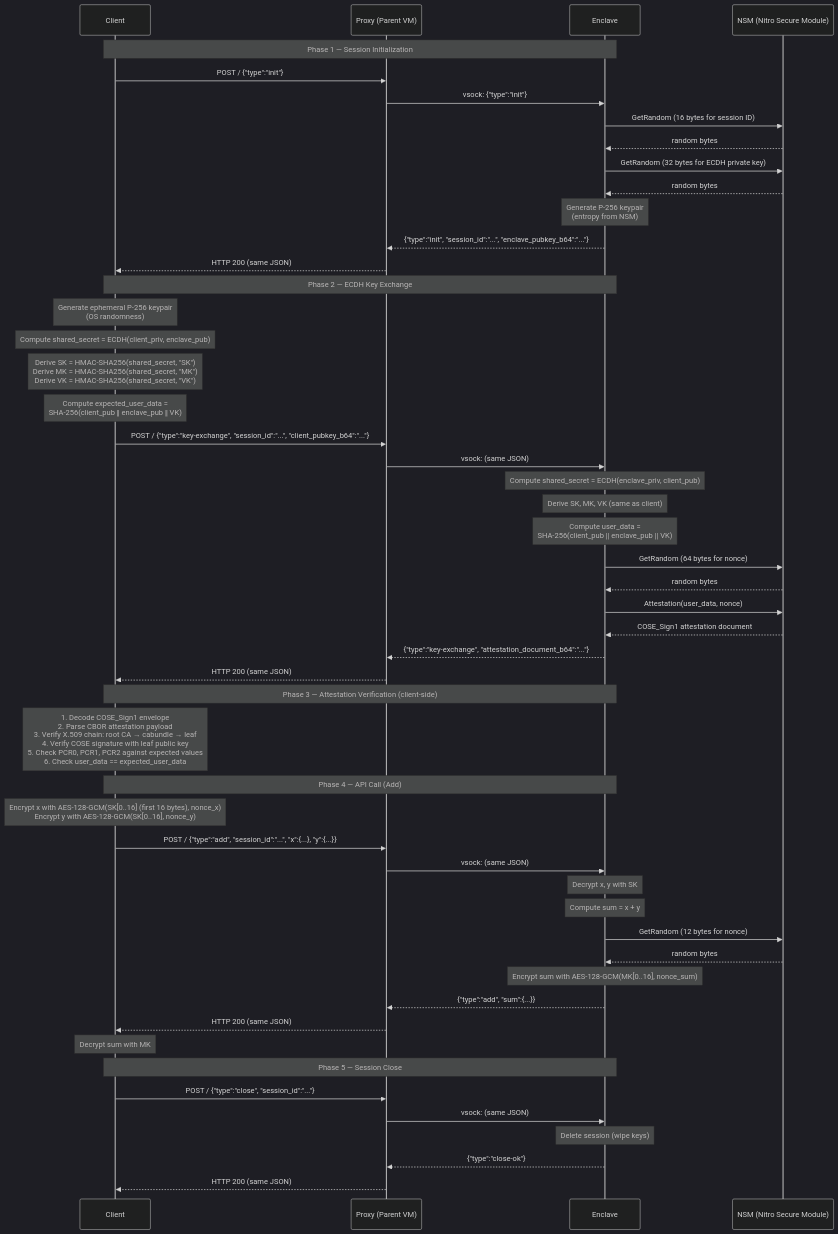
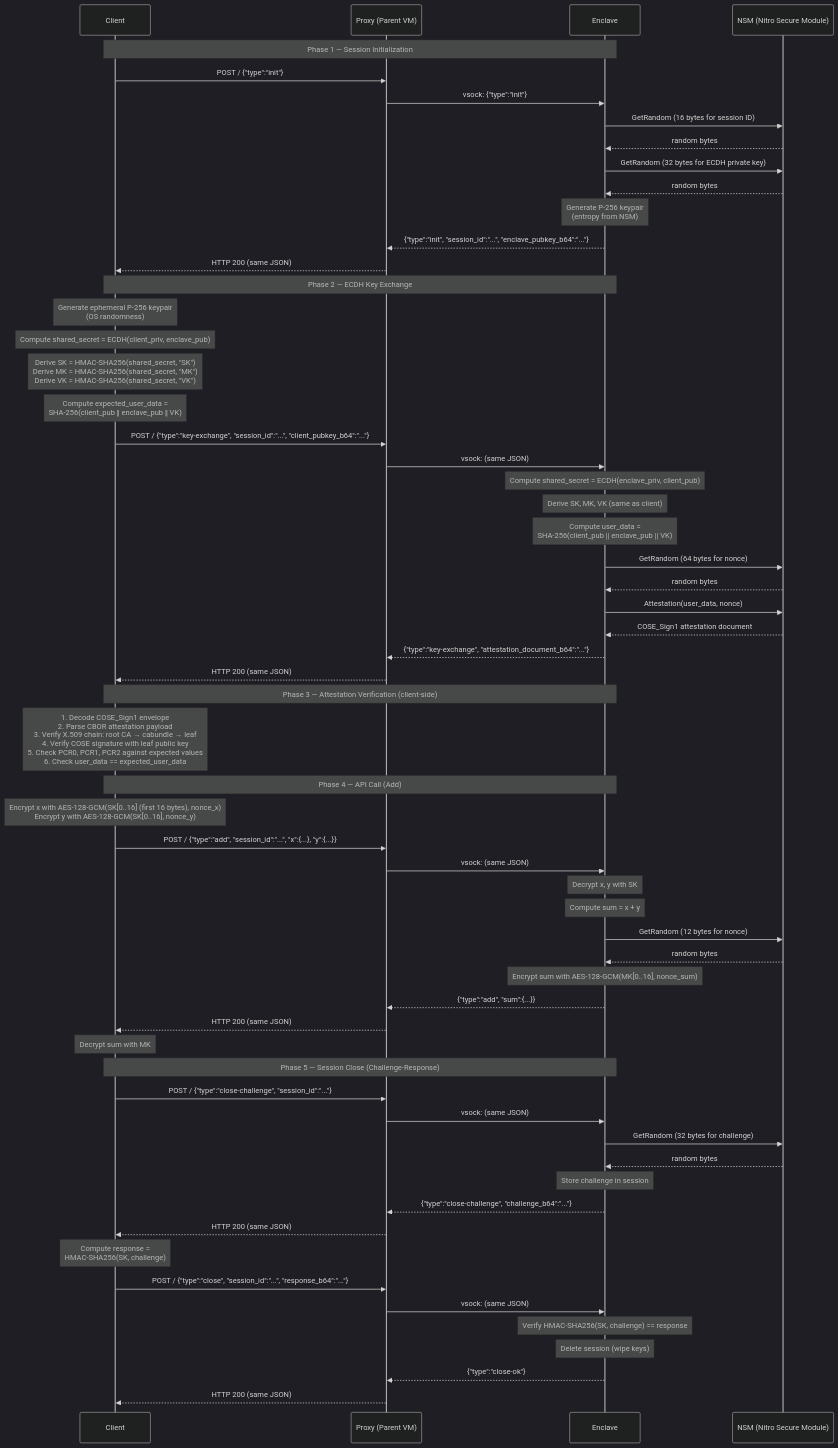
The third of 4 diagrams in docs/architecture.md (hyperfinitism/Humane-RAFW-NE), drawn with Mermaid (dark theme) before and after one commit. The commit also changed other lines of this file and 8 other files, not shown here.

Commit message:
feat: implement challenge-response mechanism for session closure

````diff
--- a/docs/architecture.md
+++ b/docs/architecture.md
@@ -257,64 +259,74 @@
 ```mermaid
 sequenceDiagram
     participant C as Client
     participant P as Proxy (Parent VM)
     participant E as Enclave
     participant N as NSM (Nitro Secure Module)
 
     Note over C,E: Phase 1 — Session Initialization
 
     C->>P: POST / {"type":"init"}
     P->>E: vsock: {"type":"init"}
     E->>N: GetRandom (16 bytes for session ID)
     N-->>E: random bytes
     E->>N: GetRandom (32 bytes for ECDH private key)
     N-->>E: random bytes
     Note over E: Generate P-256 keypair<br/>(entropy from NSM)
     E-->>P: {"type":"init", "session_id":"...", "enclave_pubkey_b64":"..."}
     P-->>C: HTTP 200 (same JSON)
 
     Note over C,E: Phase 2 — ECDH Key Exchange
 
     Note over C: Generate ephemeral P-256 keypair<br/>(OS randomness)
     Note over C: Compute shared_secret = ECDH(client_priv, enclave_pub)
     Note over C: Derive SK = HMAC-SHA256(shared_secret, "SK")<br/>Derive MK = HMAC-SHA256(shared_secret, "MK")<br/>Derive VK = HMAC-SHA256(shared_secret, "VK")
     Note over C: Compute expected_user_data =<br/>SHA-256(client_pub ‖ enclave_pub ‖ VK)
 
     C->>P: POST / {"type":"key-exchange", "session_id":"...", "client_pubkey_b64":"..."}
     P->>E: vsock: (same JSON)
     Note over E: Compute shared_secret = ECDH(enclave_priv, client_pub)
     Note over E: Derive SK, MK, VK (same as client)
     Note over E: Compute user_data =<br/>SHA-256(client_pub || enclave_pub || VK)
     E->>N: GetRandom (64 bytes for nonce)
     N-->>E: random bytes
     E->>N: Attestation(user_data, nonce)
     N-->>E: COSE_Sign1 attestation document
     E-->>P: {"type":"key-exchange", "attestation_document_b64":"..."}
     P-->>C: HTTP 200 (same JSON)
 
     Note over C,E: Phase 3 — Attestation Verification (client-side)
 
     Note over C: 1. Decode COSE_Sign1 envelope<br/>2. Parse CBOR attestation payload<br/>3. Verify X.509 chain: root CA → cabundle → leaf<br/>4. Verify COSE signature with leaf public key<br/>5. Check PCR0, PCR1, PCR2 against expected values<br/>6. Check user_data == expected_user_data
 
     Note over C,E: Phase 4 — API Call (Add)
 
     Note over C: Encrypt x with AES-128-GCM(SK[0..16] (first 16 bytes), nonce_x)<br/>Encrypt y with AES-128-GCM(SK[0..16], nonce_y)
     C->>P: POST / {"type":"add", "session_id":"...", "x":{...}, "y":{...}}
     P->>E: vsock: (same JSON)
     Note over E: Decrypt x, y with SK
     Note over E: Compute sum = x + y
     E->>N: GetRandom (12 bytes for nonce)
     N-->>E: random bytes
     Note over E: Encrypt sum with AES-128-GCM(MK[0..16], nonce_sum)
     E-->>P: {"type":"add", "sum":{...}}
     P-->>C: HTTP 200 (same JSON)
     Note over C: Decrypt sum with MK
 
-    Note over C,E: Phase 5 — Session Close
+    Note over C,E: Phase 5 — Session Close (Challenge-Response)
 
-    C->>P: POST / {"type":"close", "session_id":"..."}
+    C->>P: POST / {"type":"close-challenge", "session_id":"..."}
     P->>E: vsock: (same JSON)
+    E->>N: GetRandom (32 bytes for challenge)
+    N-->>E: random bytes
+    Note over E: Store challenge in session
+    E-->>P: {"type":"close-challenge", "challenge_b64":"..."}
+    P-->>C: HTTP 200 (same JSON)
+
+    Note over C: Compute response =<br/>HMAC-SHA256(SK, challenge)
+    C->>P: POST / {"type":"close", "session_id":"...", "response_b64":"..."}
+    P->>E: vsock: (same JSON)
+    Note over E: Verify HMAC-SHA256(SK, challenge) == response
     Note over E: Delete session (wipe keys)
     E-->>P: {"type":"close-ok"}
     P-->>C: HTTP 200 (same JSON)
 ```
````
